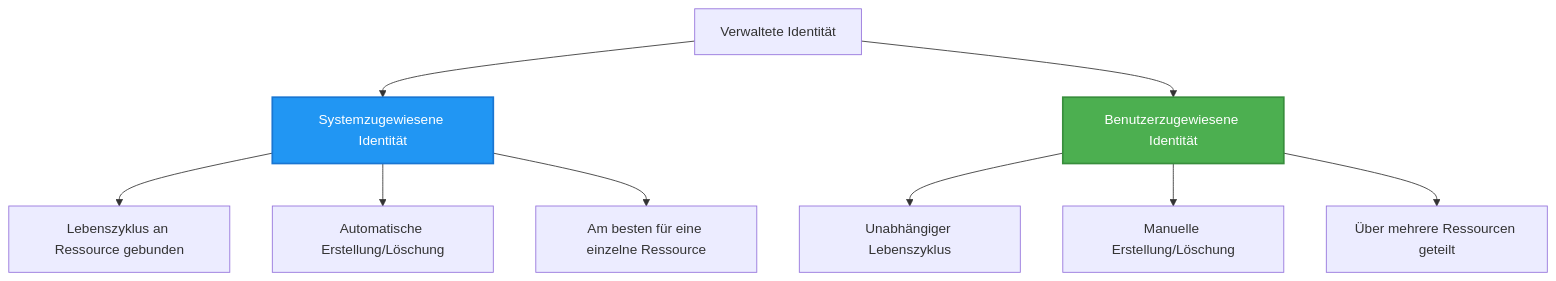
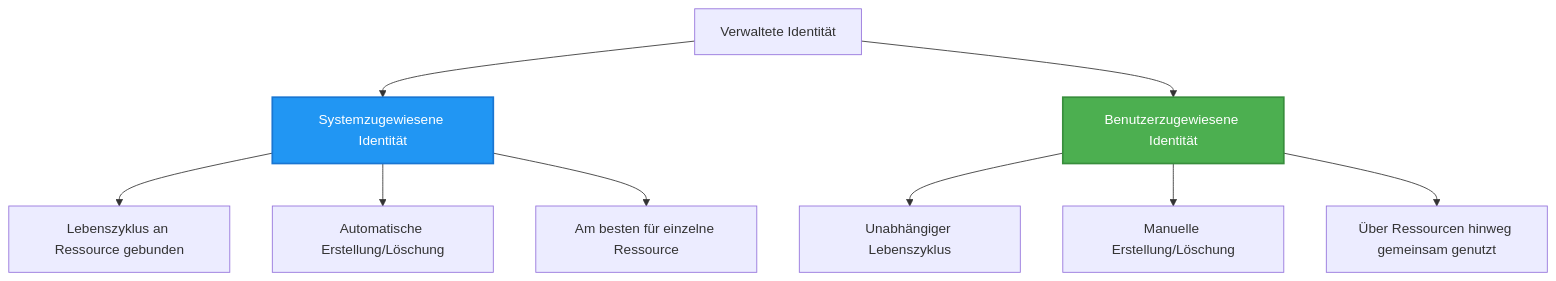
Before and after one commit to microsoft/AZD-for-beginners: the second of 2 diagrams in translations/de/docs/chapter-03-configuration/authsecurity.md, drawn with Mermaid. The commit also changed other lines of this file and 104 other files, not shown here.

````diff
--- a/translations/de/docs/chapter-03-configuration/authsecurity.md
+++ b/translations/de/docs/chapter-03-configuration/authsecurity.md
@@ -97,20 +98,20 @@
 ```mermaid
 graph TB
     MI[Verwaltete Identität]
     SystemAssigned[Systemzugewiesene Identität]
     UserAssigned[Benutzerzugewiesene Identität]
     
     MI --> SystemAssigned
     MI --> UserAssigned
     
     SystemAssigned --> SA1[Lebenszyklus an Ressource gebunden]
     SystemAssigned --> SA2[Automatische Erstellung/Löschung]
-    SystemAssigned --> SA3[Am besten für eine einzelne Ressource]
+    SystemAssigned --> SA3[Am besten für einzelne Ressource]
     
     UserAssigned --> UA1[Unabhängiger Lebenszyklus]
     UserAssigned --> UA2[Manuelle Erstellung/Löschung]
-    UserAssigned --> UA3[Über mehrere Ressourcen geteilt]
+    UserAssigned --> UA3[Über Ressourcen hinweg gemeinsam genutzt]
     
     style SystemAssigned fill:#2196F3,stroke:#1976D2,stroke-width:2px,color:#fff
     style UserAssigned fill:#4CAF50,stroke:#388E3C,stroke-width:2px,color:#fff
 ```
````
